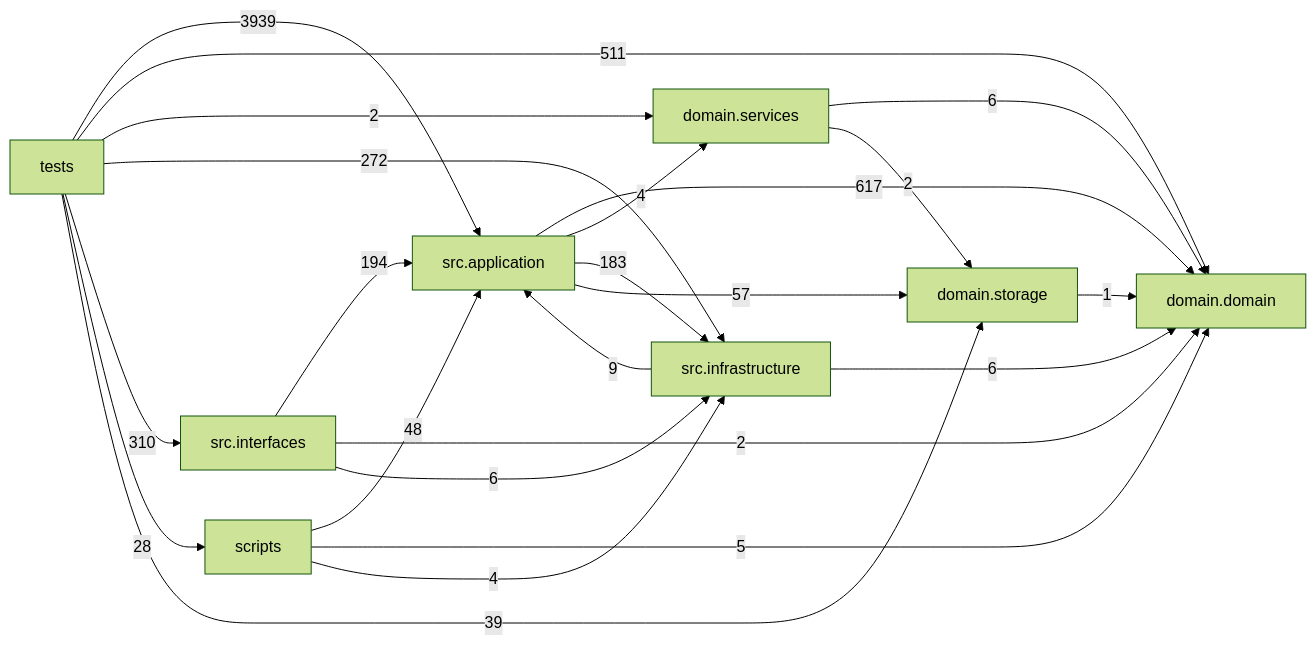
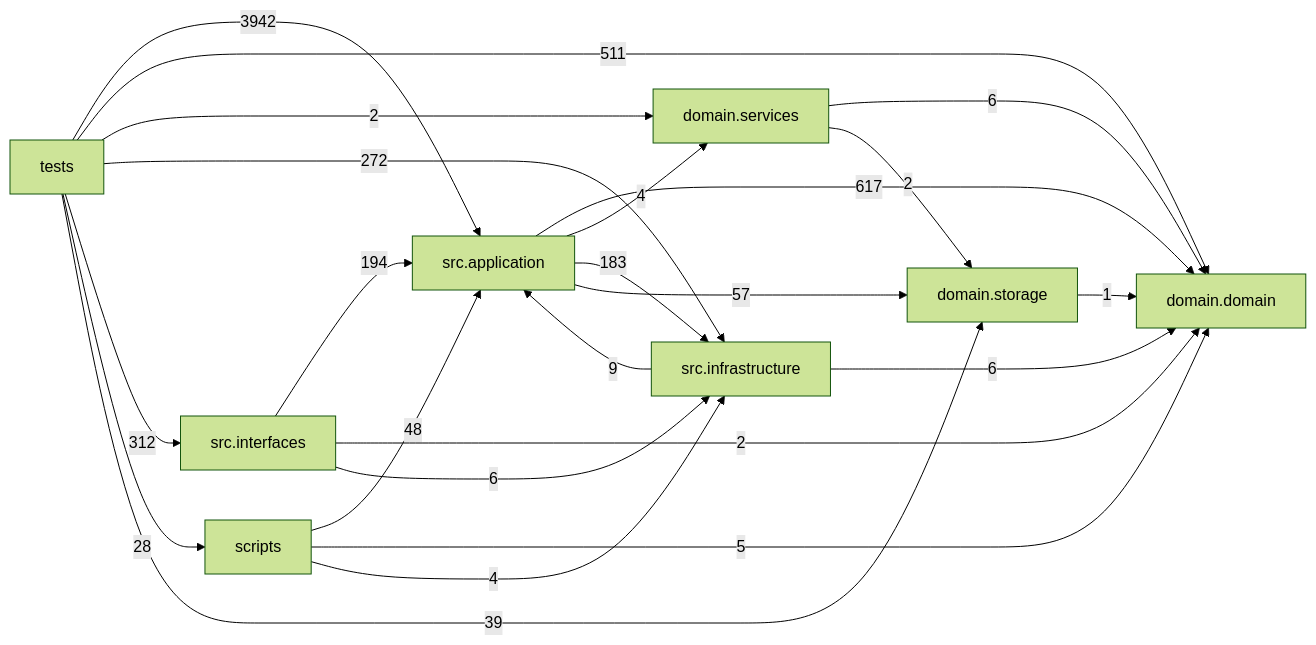
The diagram in docs/DEPENDENCY_GRAPH.md (liuxie066/options-monitor), drawn with Mermaid (forest theme) before and after one commit. The commit also changed other lines of this file and 6 other files, not shown here.

````diff
--- a/docs/DEPENDENCY_GRAPH.md
+++ b/docs/DEPENDENCY_GRAPH.md
@@ -24,33 +24,33 @@
 ```mermaid
 flowchart LR
   tests["tests"]
   scripts["scripts"]
   interfaces["src.interfaces"]
   application["src.application"]
   infrastructure["src.infrastructure"]
   domain_services["domain.services"]
   domain["domain.domain"]
   storage["domain.storage"]
   application -->|617| domain
   application -->|4| domain_services
   application -->|183| infrastructure
   application -->|57| storage
   domain_services -->|6| domain
   domain_services -->|2| storage
   infrastructure -->|9| application
   infrastructure -->|6| domain
   interfaces -->|194| application
   interfaces -->|2| domain
   interfaces -->|6| infrastructure
   scripts -->|48| application
   scripts -->|5| domain
   scripts -->|4| infrastructure
   storage -->|1| domain
-  tests -->|3939| application
+  tests -->|3942| application
   tests -->|511| domain
   tests -->|2| domain_services
   tests -->|272| infrastructure
-  tests -->|310| interfaces
+  tests -->|312| interfaces
   tests -->|28| scripts
   tests -->|39| storage
 ```
````
